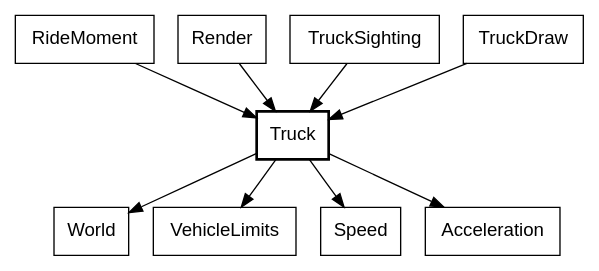
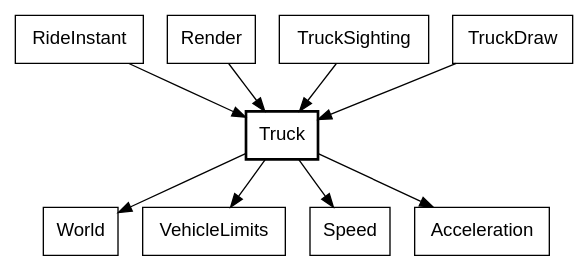
Diagram 14 of 17 in canvas_apps/safari/tutorial/tutorial.md (showell/roc-apps), drawn with Graphviz before and after one commit. The commit also changed other lines of this file, not shown here.

````diff
--- a/canvas_apps/safari/tutorial/tutorial.md
+++ b/canvas_apps/safari/tutorial/tutorial.md
@@ -717,14 +717,14 @@
 ```dot
 digraph truck {
   node [shape=box, fontname="Helvetica"];
   Truck [style=bold];
-  RideMoment -> Truck;
+  RideInstant -> Truck;
   Render -> Truck;
   TruckSighting -> Truck;
   TruckDraw -> Truck;
   Truck -> World;
   Truck -> VehicleLimits;
   Truck -> Speed;
   Truck -> Acceleration;
 }
 ```
````
